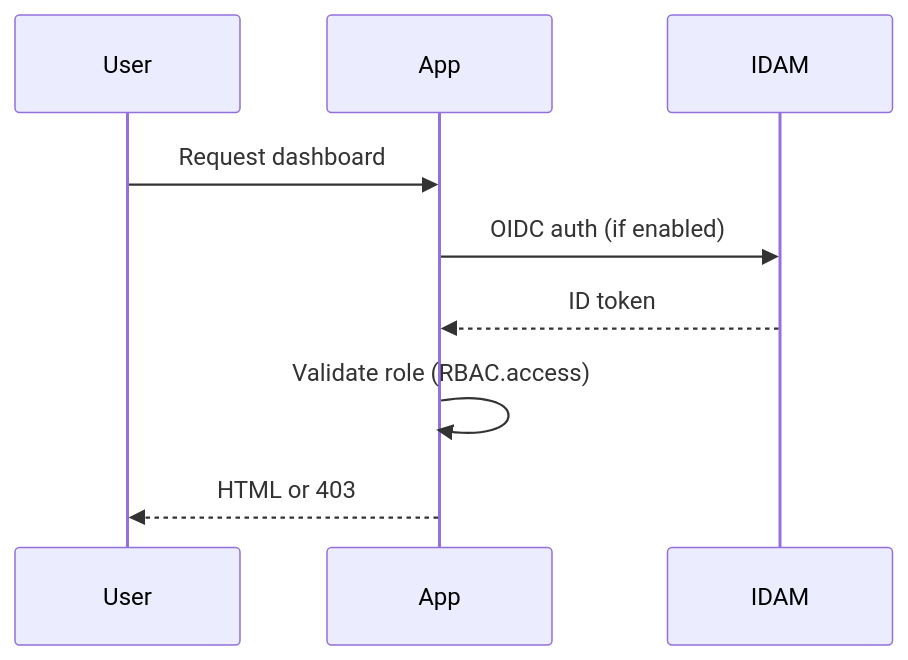
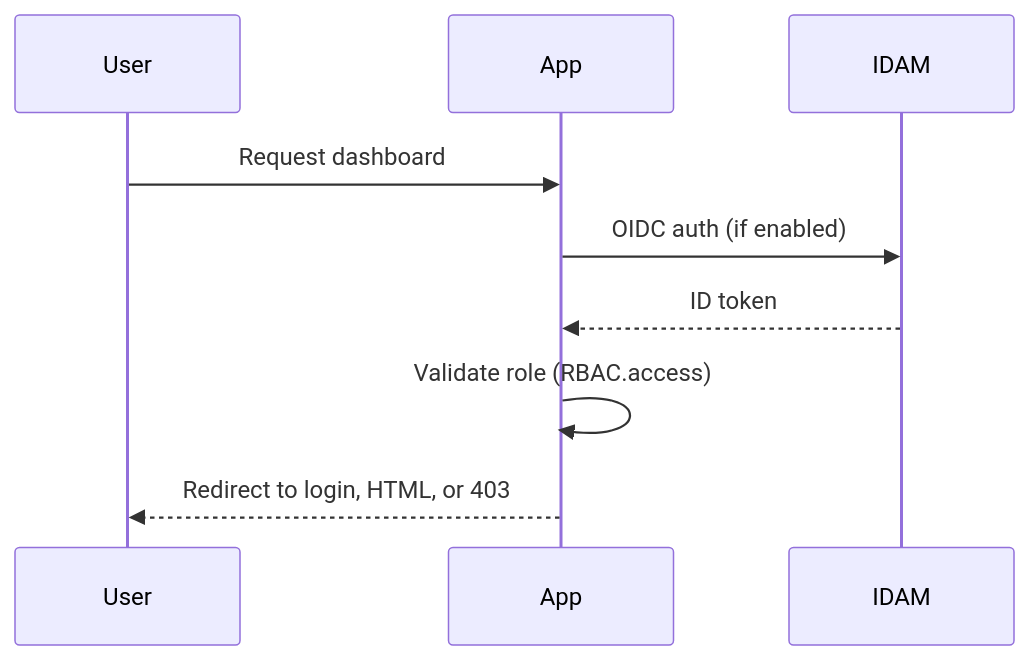
The diagram in docs/technical/security.md (hmcts/wa-reporting-frontend), drawn with Mermaid before and after one commit. The commit also changed other lines of this file and 10 other files, not shown here.

````diff
--- a/docs/technical/security.md
+++ b/docs/technical/security.md
@@ -9,11 +12,11 @@
 ```mermaid
 sequenceDiagram
   participant User as User
   participant App as App
   participant IDAM as IDAM
   User->>App: Request dashboard
   App->>IDAM: OIDC auth (if enabled)
   IDAM-->>App: ID token
   App->>App: Validate role (RBAC.access)
-  App-->>User: HTML or 403
+  App-->>User: Redirect to login, HTML, or 403
 ```
````
